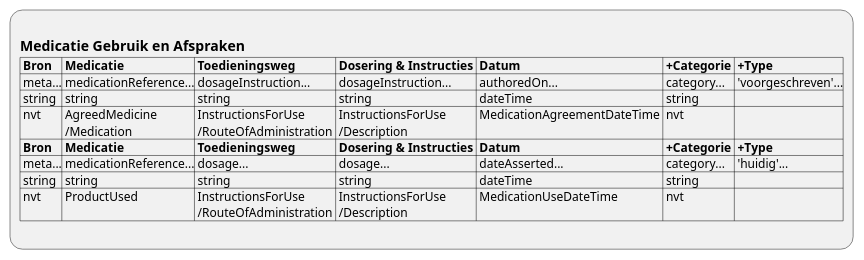
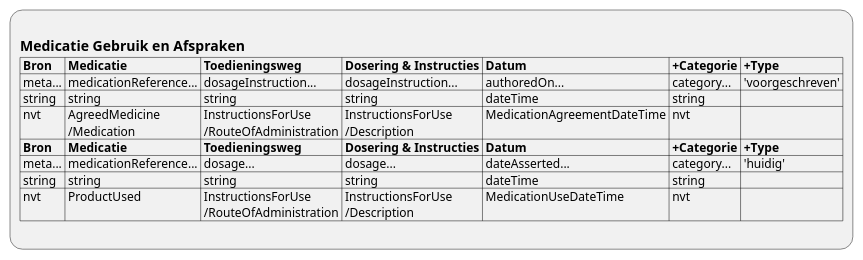
The diagram in input/images-source/ViewDefinition-Medicatiegegevens.plantuml (RIVO-Noord/zorgviewer-ig), drawn with PlantUML before and after one commit. The commit also changed 13 other files, not shown here.

```diff
--- a/input/images-source/ViewDefinition-Medicatiegegevens.plantuml
+++ b/input/images-source/ViewDefinition-Medicatiegegevens.plantuml
@@ -1,13 +1,13 @@
 @startuml ViewDefinition-Medicatiegegevens
 :
 == Medicatie Gebruik en Afspraken
 |= Bron |= Medicatie |= Toedieningsweg |= Dosering & Instructies |= Datum |= +Categorie |= +Type |
-| meta...| medicationReference...| dosageInstruction...| dosageInstruction...| authoredOn...| category...| 'voorgeschreven'...|
+| meta... | medicationReference... | dosageInstruction... | dosageInstruction... | authoredOn... | category... | 'voorgeschreven' |
 | string | string | string | string | dateTime | string |  |
-| nvt | AgreedMedicine\n /Medication | InstructionsForUse\n /RouteOfAdministration | InstructionsForUse\n /Description | MedicationAgreementDateTime | nvt ||
+| nvt | AgreedMedicine\n /Medication | InstructionsForUse\n /RouteOfAdministration | InstructionsForUse\n /Description | MedicationAgreementDateTime | nvt |  |
 |= Bron |= Medicatie |= Toedieningsweg |= Dosering & Instructies |= Datum |= +Categorie |= +Type |
-| meta...| medicationReference...| dosage...| dosage...| dateAsserted...| category...| 'huidig'...|
+| meta... | medicationReference... | dosage... | dosage... | dateAsserted... | category... | 'huidig' |
 | string | string | string | string | dateTime | string |  |
-| nvt | ProductUsed | InstructionsForUse\n /RouteOfAdministration | InstructionsForUse\n /Description | MedicationUseDateTime | nvt ||
+| nvt | ProductUsed | InstructionsForUse\n /RouteOfAdministration | InstructionsForUse\n /Description | MedicationUseDateTime | nvt |  |
 ;
 @enduml
```
